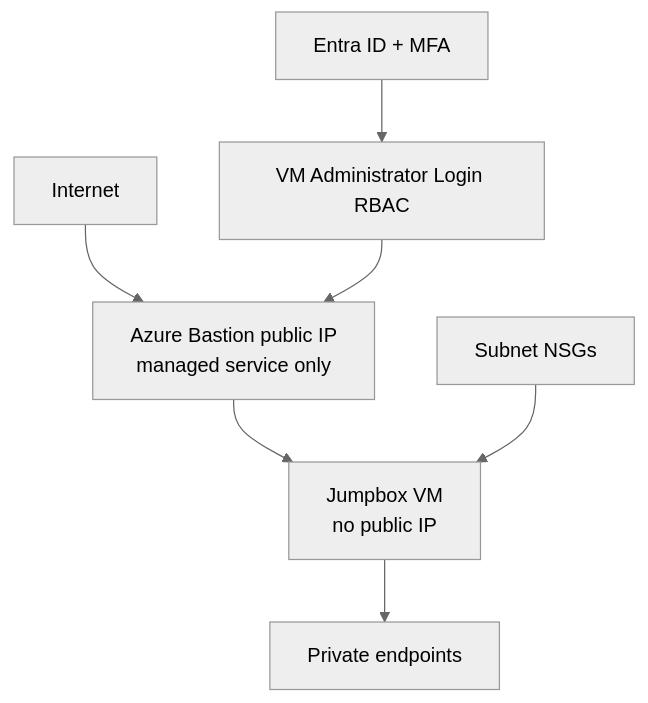
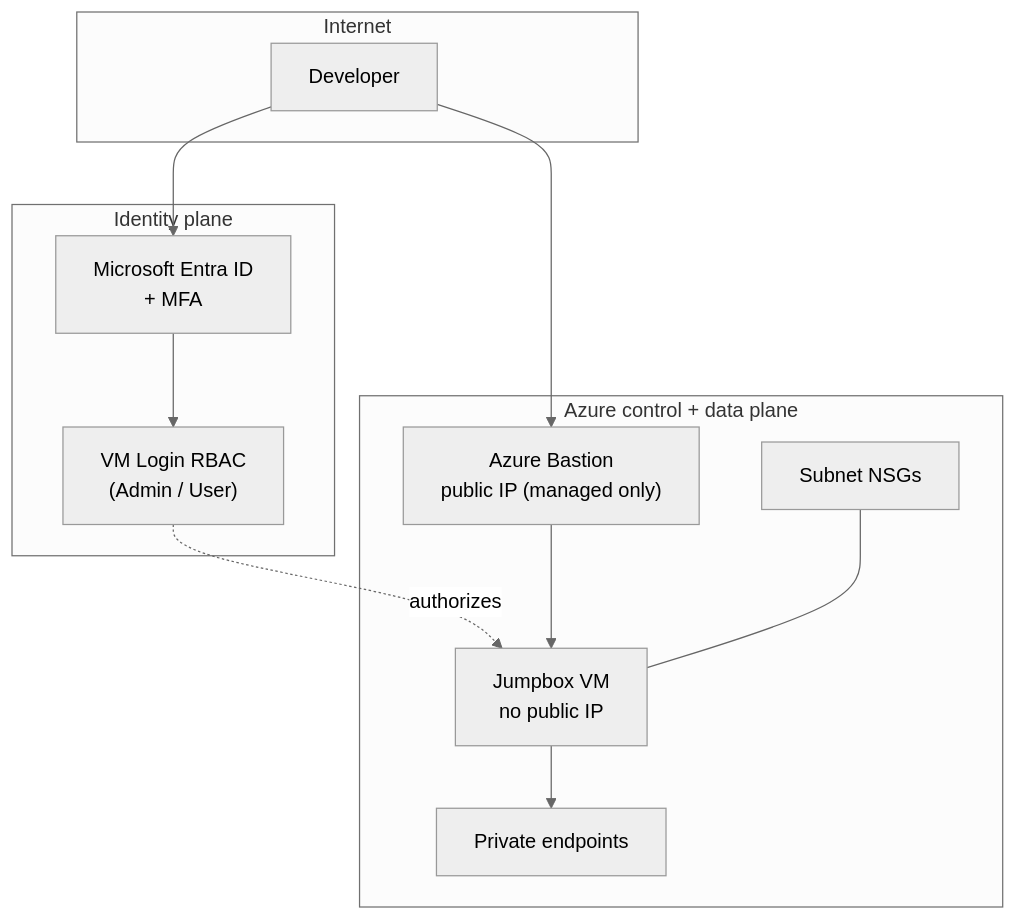
The fifth of 8 diagrams in README.md (bcgov/eo-dmi-alz-bastion-jumpbox), drawn with Mermaid (neutral theme) before and after one commit. The commit also changed other lines of this file and 1 other file, not shown here.

````diff
--- a/README.md
+++ b/README.md
@@ -481,17 +504,26 @@
 ```mermaid
-flowchart TD
-  internet[Internet]
-  bastionPublic[Azure Bastion public IP<br/>managed service only]
-  vmNoPublic[Jumpbox VM<br/>no public IP]
-  rbac[VM Administrator Login RBAC]
-  entra[Entra ID + MFA]
-  nsg[Subnet NSGs]
-  private[Private endpoints]
+flowchart TB
+  subgraph Internet
+    user[Developer]
+  end
 
-  internet --> bastionPublic
+  subgraph Entra["Identity plane"]
+    entra["Microsoft Entra ID<br/>+ MFA"]
+    rbac["VM Login RBAC<br/>(Admin / User)"]
+  end
+
+  subgraph Azure["Azure control + data plane"]
+    bastionPub["Azure Bastion<br/>public IP (managed only)"]
+    vm["Jumpbox VM<br/>no public IP"]
+    nsg["Subnet NSGs"]
+    pe["Private endpoints"]
+  end
+
+  user --> entra
   entra --> rbac
-  rbac --> bastionPublic
-  bastionPublic --> vmNoPublic
-  nsg --> vmNoPublic
-  vmNoPublic --> private
+  user --> bastionPub
+  rbac -. authorizes .-> vm
+  bastionPub --> vm
+  nsg --- vm
+  vm --> pe
 ```
````
